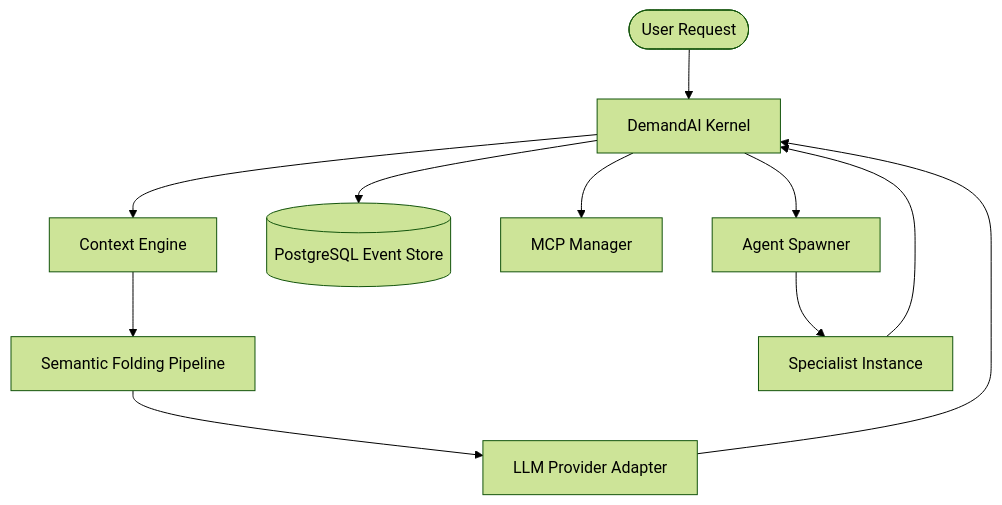
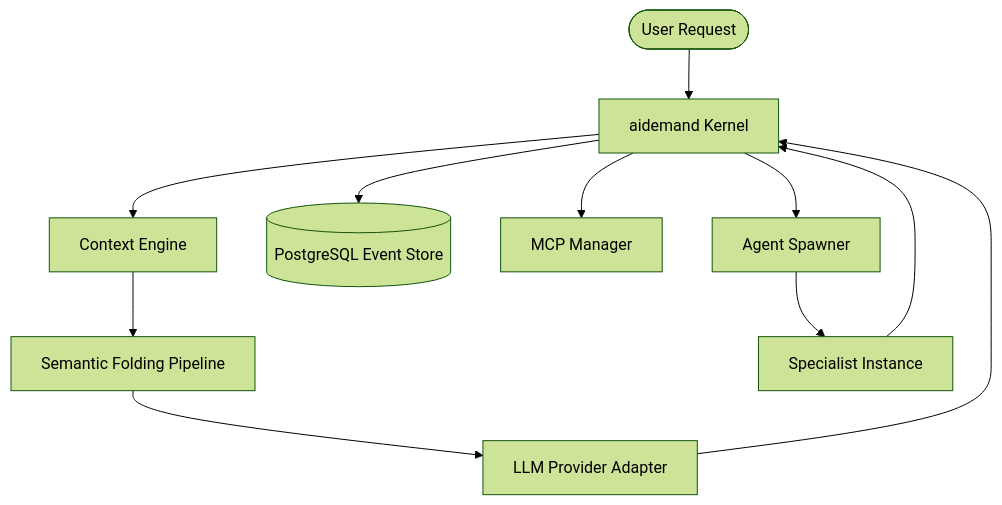
The diagram in ARCHITECTURE.md (edyoCampos/ai-demand), drawn with Mermaid (forest theme) before and after one commit. The commit also changed other lines of this file and 2 other files, not shown here.

````diff
--- a/ARCHITECTURE.md
+++ b/ARCHITECTURE.md
@@ -9,13 +9,13 @@
 ```mermaid
 graph TD
-    User([User Request]) --> Kernel[DemandAI Kernel]
+    User([User Request]) --> Kernel[aidemand Kernel]
     Kernel --> ContextEng[Context Engine]
     ContextEng --> Folding[Semantic Folding Pipeline]
     Folding --> Provider[LLM Provider Adapter]
     Provider --> Kernel
     Kernel --> Persistence[(PostgreSQL Event Store)]
     Kernel --> MCP[MCP Manager]
     Kernel --> Delegation[Agent Spawner]
     Delegation --> SubAgent[Specialist Instance]
     SubAgent --> Kernel
 ```
````
